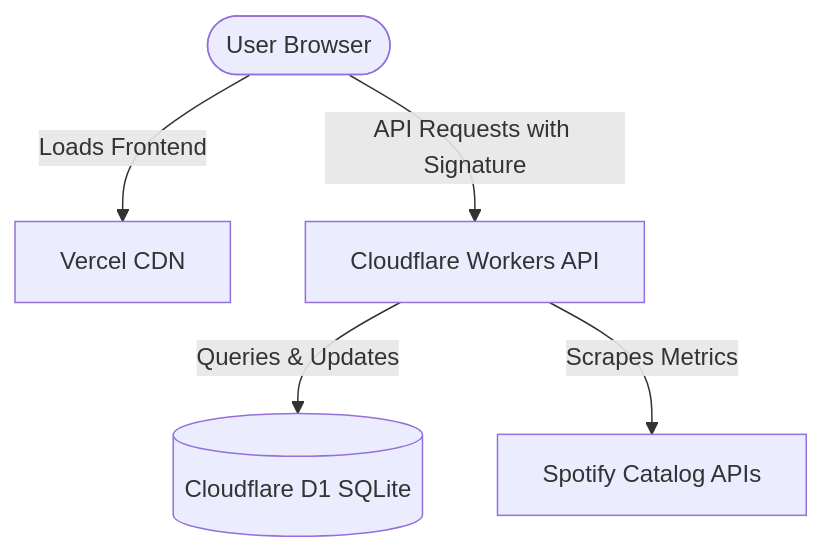
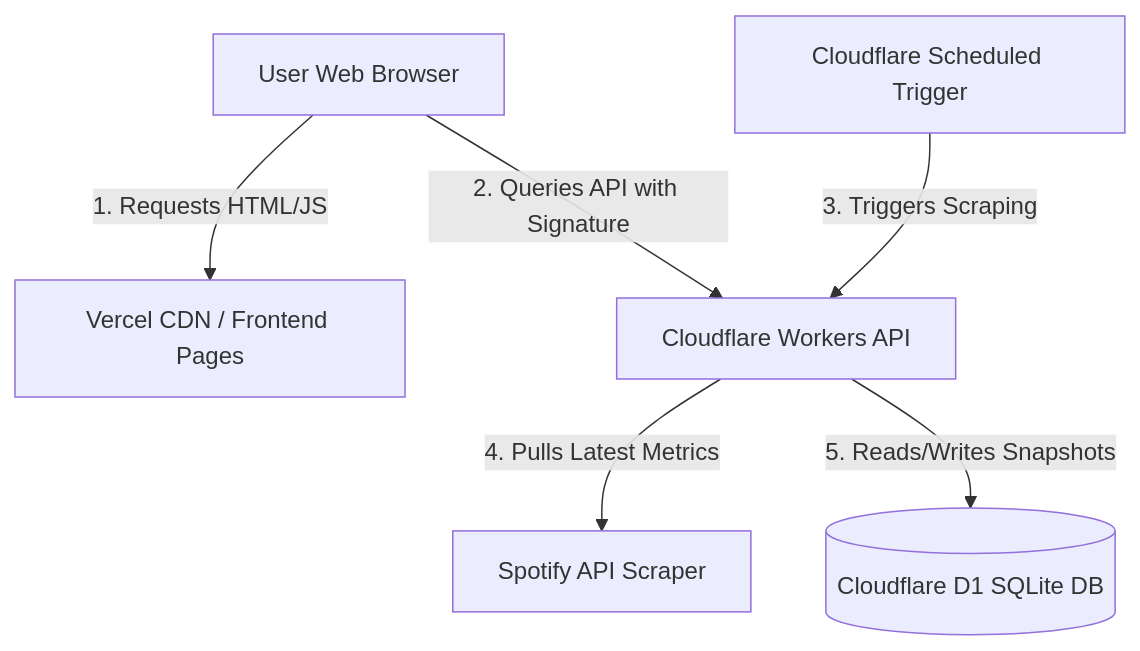
The diagram in README.md (Sppqq/spicy-stats), drawn with Mermaid before and after one commit. The commit also changed other lines of this file, not shown here.

Commit message:
docs: enrich README.md with system design, schemas, API directory, and styling

````diff
--- a/README.md
+++ b/README.md
@@ -27,7 +18,15 @@
 ```mermaid
 graph TD
-    User([User Browser]) -->|Loads Frontend| Vercel[Vercel CDN]
-    User -->|API Requests with Signature| CF[Cloudflare Workers API]
-    CF -->|Queries & Updates| D1[(Cloudflare D1 SQLite)]
-    CF -->|Scrapes Metrics| Spotify[Spotify Catalog APIs]
+    Client[User Web Browser]
+    Vercel[Vercel CDN / Frontend Pages]
+    CFWorker[Cloudflare Workers API]
+    D1[(Cloudflare D1 SQLite DB)]
+    Spotify[Spotify API Scraper]
+    Cron[Cloudflare Scheduled Trigger]
+
+    Client -->|1. Requests HTML/JS| Vercel
+    Client -->|2. Queries API with Signature| CFWorker
+    Cron -->|3. Triggers Scraping| CFWorker
+    CFWorker -->|4. Pulls Latest Metrics| Spotify
+    CFWorker -->|5. Reads/Writes Snapshots| D1
 ```
````
